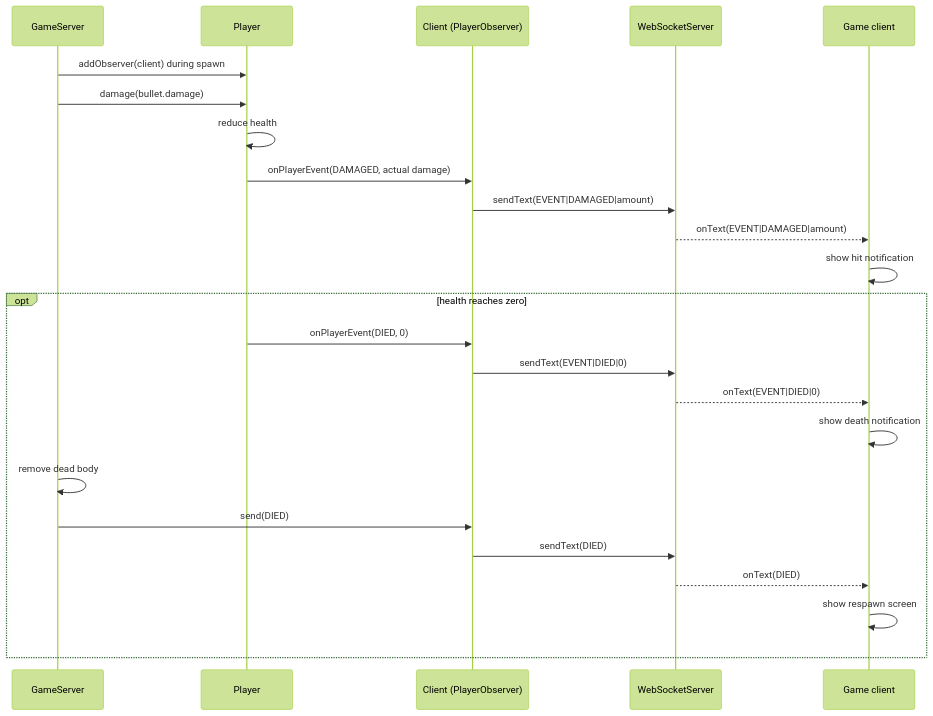
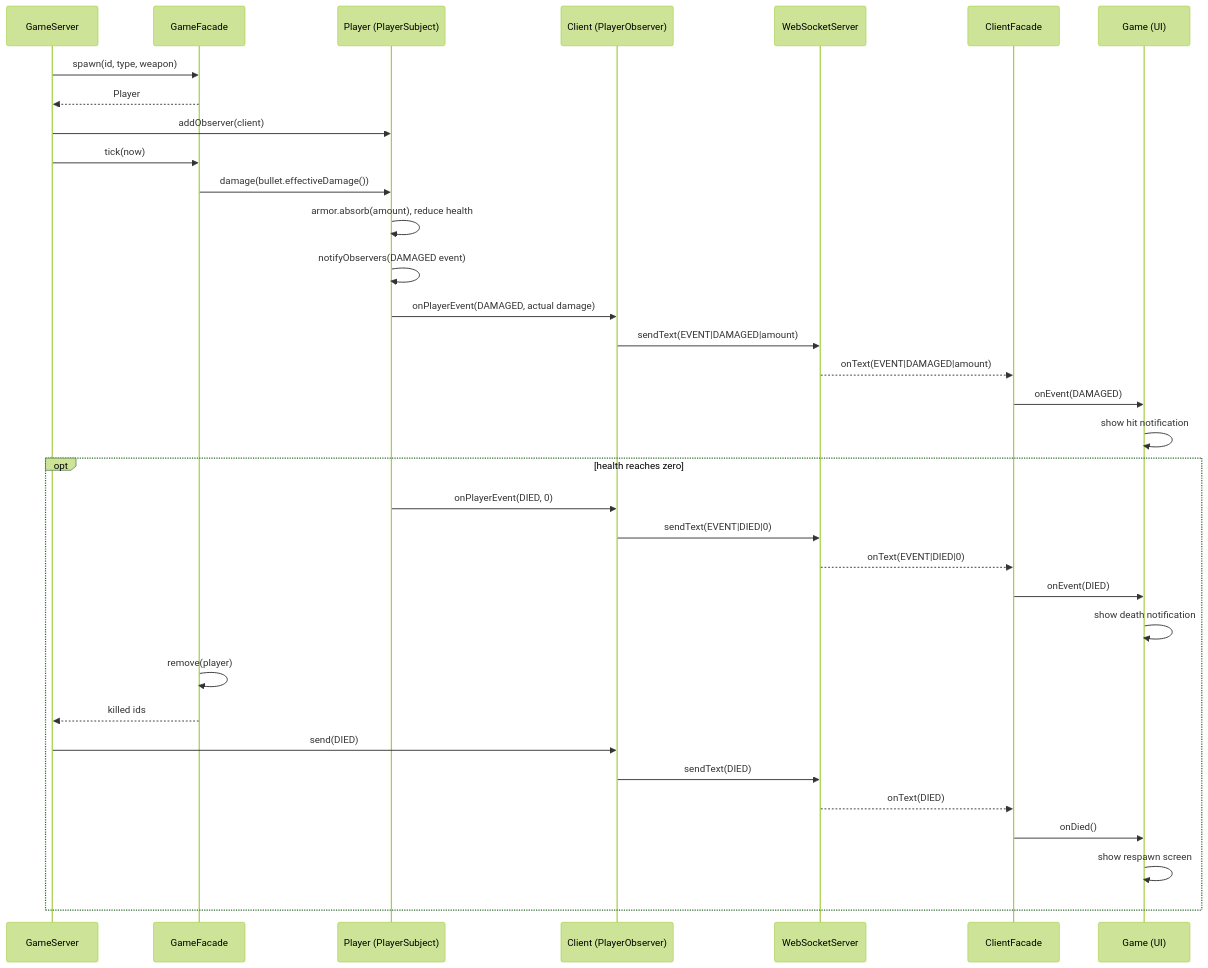
Before and after one commit to roradvilas/Opp_Shooter: the first of 2 diagrams in DESIGN_PATTERNS.md, drawn with Mermaid (forest theme). The commit also changed other lines of this file and 126 other files, not shown here.

````diff
--- a/DESIGN_PATTERNS.md
+++ b/DESIGN_PATTERNS.md
@@ -174,26 +258,36 @@
 ```mermaid
 sequenceDiagram
     participant Server as GameServer
-    participant Subject as Player
+    participant Facade as GameFacade
+    participant Subject as Player (PlayerSubject)
     participant Observer as Client (PlayerObserver)
     participant Socket as WebSocketServer
-    participant HUD as Game client
-    Server->>Subject: addObserver(client) during spawn
-    Server->>Subject: damage(bullet.damage)
-    Subject->>Subject: reduce health
+    participant CF as ClientFacade
+    participant HUD as Game (UI)
+    Server->>Facade: spawn(id, type, weapon)
+    Facade-->>Server: Player
+    Server->>Subject: addObserver(client)
+    Server->>Facade: tick(now)
+    Facade->>Subject: damage(bullet.effectiveDamage())
+    Subject->>Subject: armor.absorb(amount), reduce health
+    Subject->>Subject: notifyObservers(DAMAGED event)
     Subject->>Observer: onPlayerEvent(DAMAGED, actual damage)
     Observer->>Socket: sendText(EVENT|DAMAGED|amount)
-    Socket-->>HUD: onText(EVENT|DAMAGED|amount)
+    Socket-->>CF: onText(EVENT|DAMAGED|amount)
+    CF->>HUD: onEvent(DAMAGED)
     HUD->>HUD: show hit notification
     opt health reaches zero
         Subject->>Observer: onPlayerEvent(DIED, 0)
         Observer->>Socket: sendText(EVENT|DIED|0)
-        Socket-->>HUD: onText(EVENT|DIED|0)
+        Socket-->>CF: onText(EVENT|DIED|0)
+        CF->>HUD: onEvent(DIED)
         HUD->>HUD: show death notification
-        Server->>Server: remove dead body
+        Facade->>Facade: remove(player)
+        Facade-->>Server: killed ids
         Server->>Observer: send(DIED)
         Observer->>Socket: sendText(DIED)
-        Socket-->>HUD: onText(DIED)
+        Socket-->>CF: onText(DIED)
+        CF->>HUD: onDied()
         HUD->>HUD: show respawn screen
     end
 ```
````
